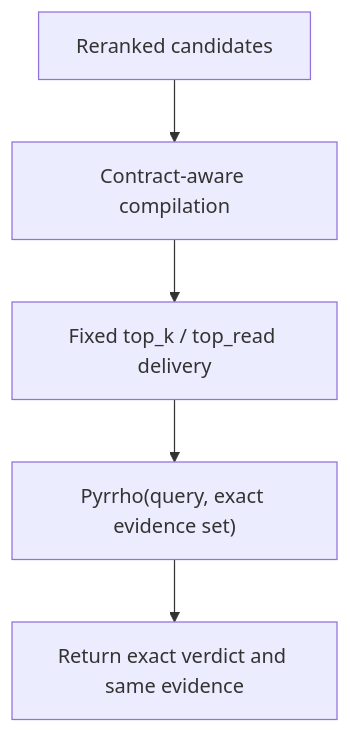
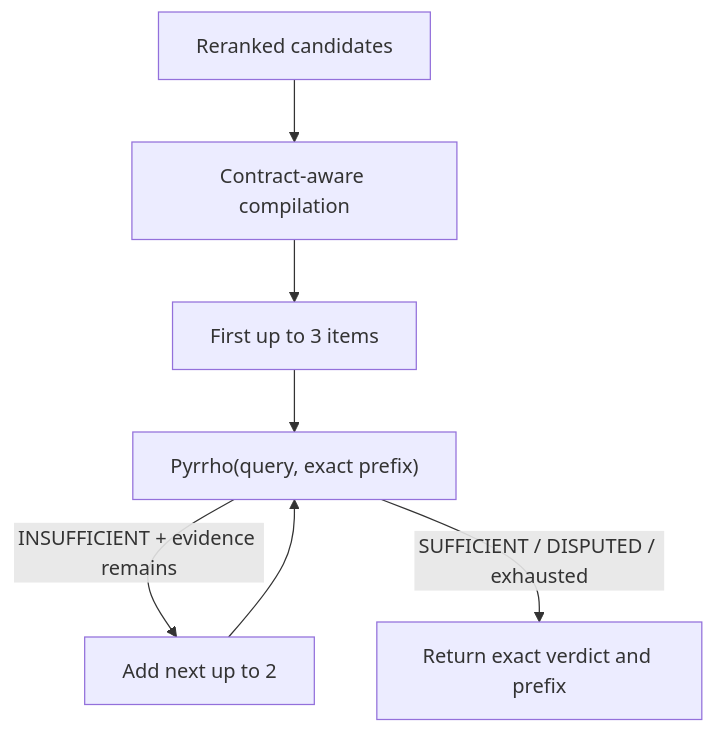
The third of 4 diagrams in docs/RETRIEVAL_PIPELINE.md (yafitzdev/fitz), drawn with Mermaid before and after one commit. The commit also changed other lines of this file and 30 other files, not shown here.

Commit message:
fix: restore progressive Pyrrho evidence delivery

````diff
--- a/docs/RETRIEVAL_PIPELINE.md
+++ b/docs/RETRIEVAL_PIPELINE.md
@@ -127,7 +129,9 @@
 ```mermaid
 flowchart TD
     A["Reranked candidates"] --> B["Contract-aware compilation"]
-    B --> C["Fixed top_k / top_read delivery"]
-    C --> D["Pyrrho(query, exact evidence set)"]
-    D --> E["Return exact verdict and same evidence"]
+    B --> C["First up to 3 items"]
+    C --> D["Pyrrho(query, exact prefix)"]
+    D -->|"INSUFFICIENT + evidence remains"| F["Add next up to 2"]
+    F --> D
+    D -->|"SUFFICIENT / DISPUTED / exhausted"| E["Return exact verdict and prefix"]
 ```
````
